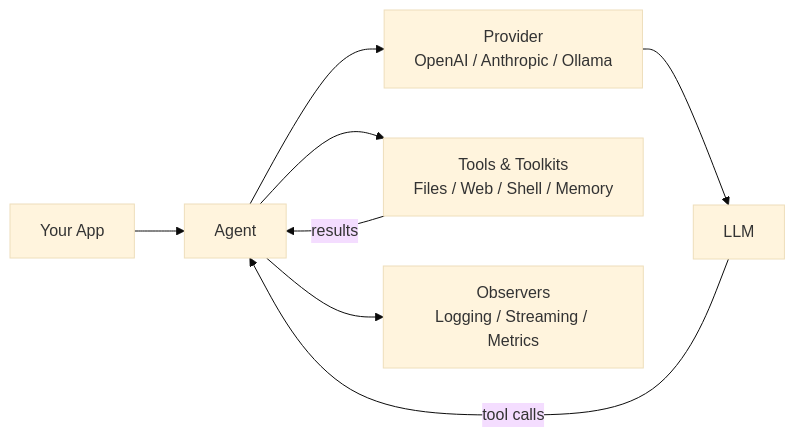
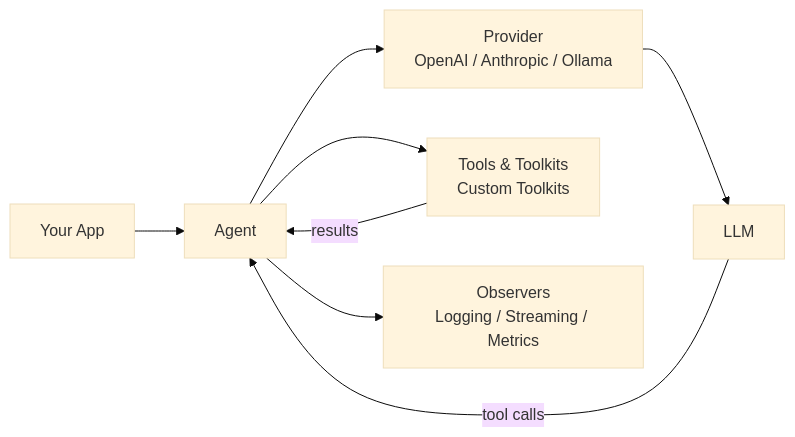
Before and after one commit to carmelosantana/php-agents: the diagram in README.md, drawn with Mermaid (base theme). The commit also changed other lines of this file and 16 other files, not shown here.

````diff
--- a/README.md
+++ b/README.md
@@ -15,10 +15,10 @@
 ```mermaid
 graph LR
     APP[Your App] --> AGENT[Agent]
     AGENT --> PROVIDER[Provider<br/>OpenAI / Anthropic / Ollama]
-    AGENT --> TOOLS[Tools & Toolkits<br/>Files / Web / Shell / Memory]
+    AGENT --> TOOLS[Tools & Toolkits<br/>Custom Toolkits]
     AGENT --> OBSERVER[Observers<br/>Logging / Streaming / Metrics]
     PROVIDER --> LLM[LLM]
     LLM -->|tool calls| AGENT
     TOOLS -->|results| AGENT
 ```
````
